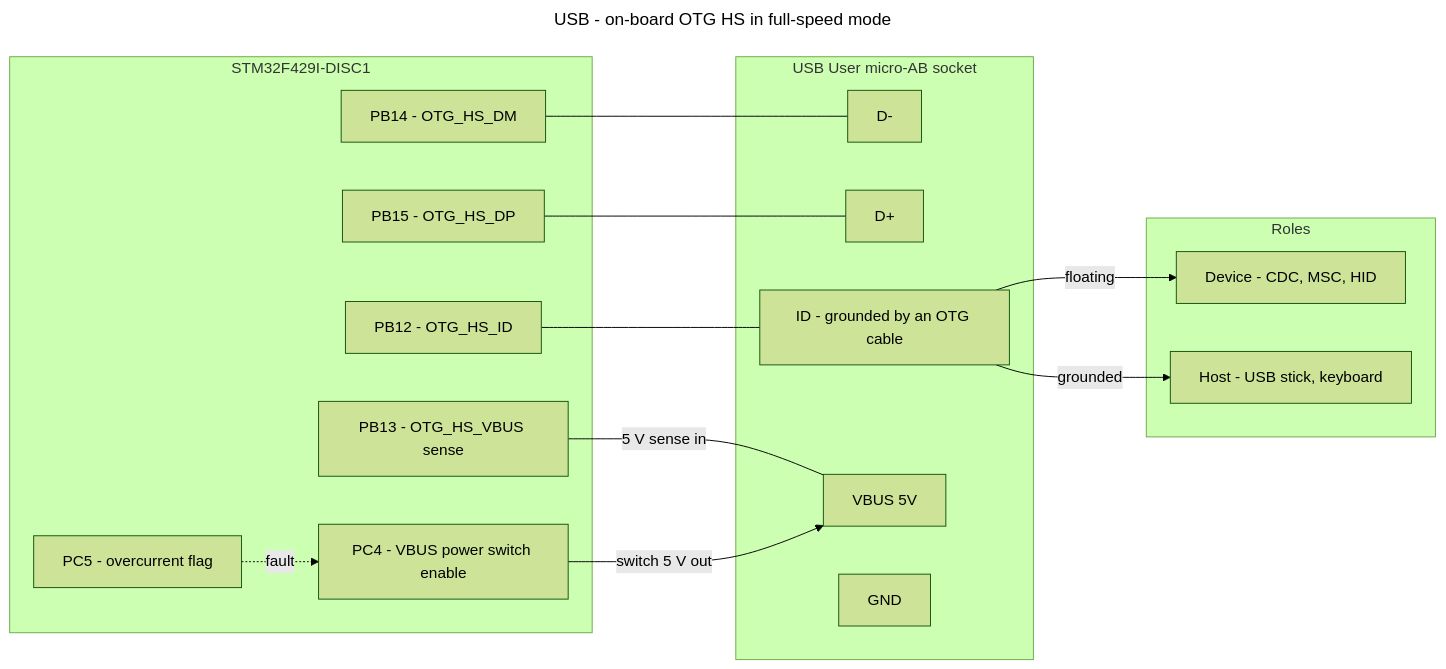
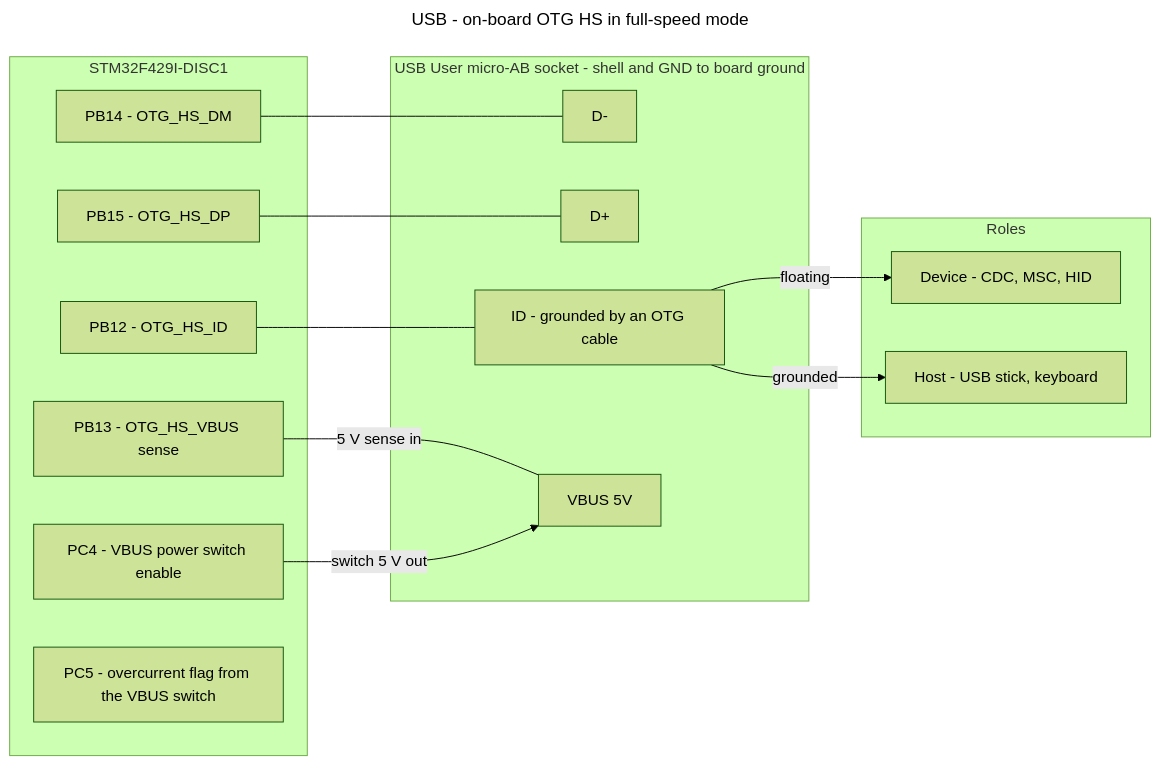
Before and after one commit to Ekpenyong-Esu/BareMetalMCU2: the diagram in Sensor_Cons/Peripherals/USB/usb_wiring.mmd, drawn with Mermaid (forest theme). The commit also changed 13 other files, not shown here.

Commit message:
Rank the remaining wiring diagrams into a single row

```diff
--- a/Sensor_Cons/Peripherals/USB/usb_wiring.mmd
+++ b/Sensor_Cons/Peripherals/USB/usb_wiring.mmd
@@ -1,42 +1,40 @@
 ---
 title: USB - on-board OTG HS in full-speed mode
 ---
 %% ALREADY WIRED on the STM32F429I-DISC1 to the USB User micro-B socket.
 %% Pins from project.ioc: PB14 = USB_OTG_HS_DM, PB15 = USB_OTG_HS_DP,
 %% PB12 = ID, PB13 = VBUS, PC4 = power switch on, PC5 = overcurrent.
 %% CONFLICT: the ILI9488 example uses PB12/PB13/PB14 - it cannot coexist with
 %% USB on this board.
 %% This is the USB *User* socket, NOT the ST-LINK socket you flash through.
 %% In host mode the board must supply 5 V VBUS to the device, so power the
 %% board from a supply that can deliver it.
 flowchart LR
     subgraph MCU["STM32F429I-DISC1"]
         DM["PB14 - OTG_HS_DM"]
         DP["PB15 - OTG_HS_DP"]
         ID["PB12 - OTG_HS_ID"]
         VBUS["PB13 - OTG_HS_VBUS sense"]
         PWR["PC4 - VBUS power switch enable"]
-        OC["PC5 - overcurrent flag"]
+        OC["PC5 - overcurrent flag from the VBUS switch"]
     end
 
-    subgraph SOCK["USB User micro-AB socket"]
+    subgraph SOCK["USB User micro-AB socket - shell and GND to board ground"]
         sDM["D-"]
         sDP["D+"]
         sID["ID - grounded by an OTG cable"]
         sV["VBUS 5V"]
-        sG["GND"]
     end
 
     subgraph MODES["Roles"]
         DEV["Device - CDC, MSC, HID"]
         HOST["Host - USB stick, keyboard"]
     end
 
     DM --- sDM
     DP --- sDP
     ID --- sID
     VBUS ---|"5 V sense in"| sV
     PWR -->|"switch 5 V out"| sV
-    OC -.->|"fault"| PWR
     sID -->|"floating"| DEV
     sID -->|"grounded"| HOST
```
